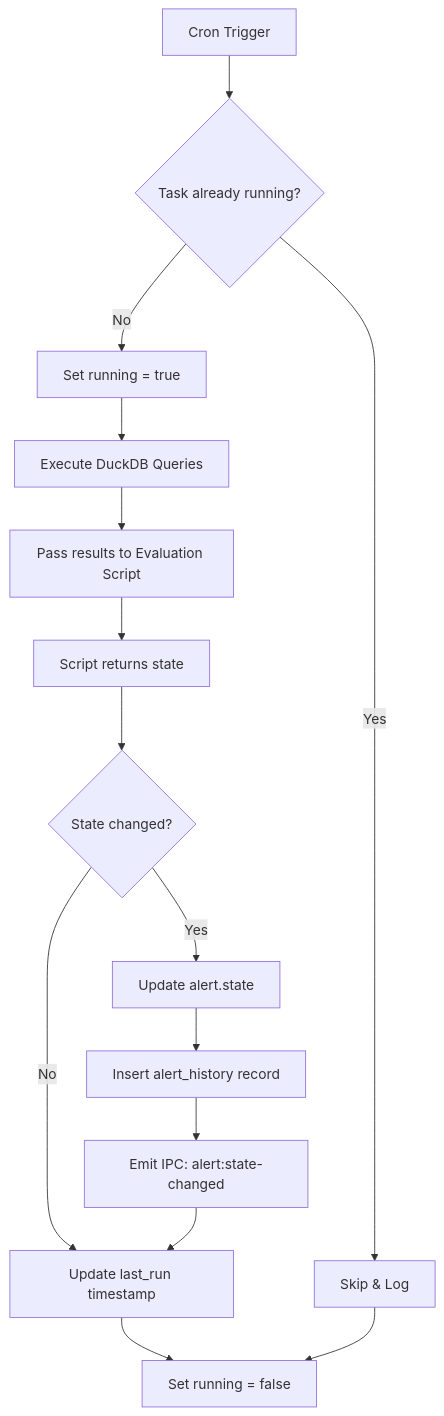
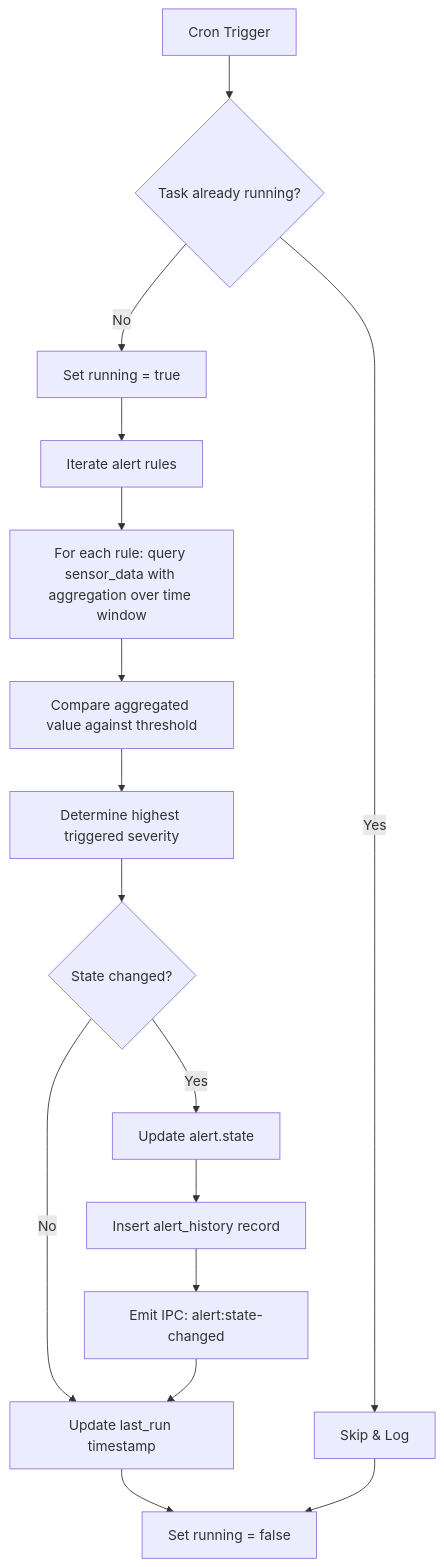
The fifth of 14 diagrams in docs/specification.md (Azerothian/dash), drawn with Mermaid before and after one commit. The commit also changed other lines of this file and 8 other files, not shown here.

First line of the commit message:
feat: replace alert queries/eval script with rule-based evaluation system

````diff
--- a/docs/specification.md
+++ b/docs/specification.md
@@ -613,17 +619,18 @@
 ```mermaid
 flowchart TD
     A[Cron Trigger] --> B{Task already running?}
     B -->|Yes| C[Skip & Log]
     B -->|No| D[Set running = true]
-    D --> E[Execute DuckDB Queries]
-    E --> F[Pass results to Evaluation Script]
-    F --> G[Script returns state]
-    G --> H{State changed?}
-    H -->|No| I[Update last_run timestamp]
-    H -->|Yes| J[Update alert.state]
-    J --> K[Insert alert_history record]
-    K --> L[Emit IPC: alert:state-changed]
-    L --> I
-    I --> M[Set running = false]
-    C --> M
+    D --> E[Iterate alert rules]
+    E --> F[For each rule: query sensor_data with aggregation over time window]
+    F --> G[Compare aggregated value against threshold]
+    G --> H[Determine highest triggered severity]
+    H --> I{State changed?}
+    I -->|No| J[Update last_run timestamp]
+    I -->|Yes| K[Update alert.state]
+    K --> L[Insert alert_history record]
+    L --> M[Emit IPC: alert:state-changed]
+    M --> J
+    J --> N[Set running = false]
+    C --> N
 ```
````
